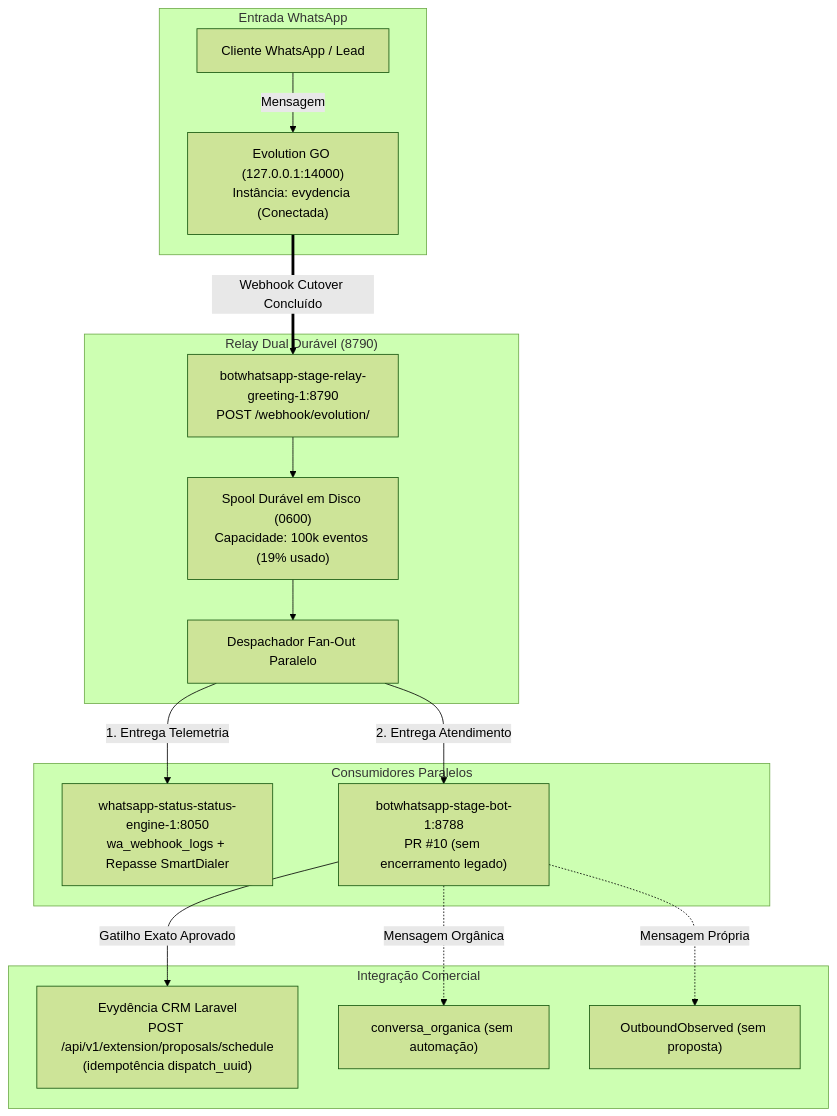
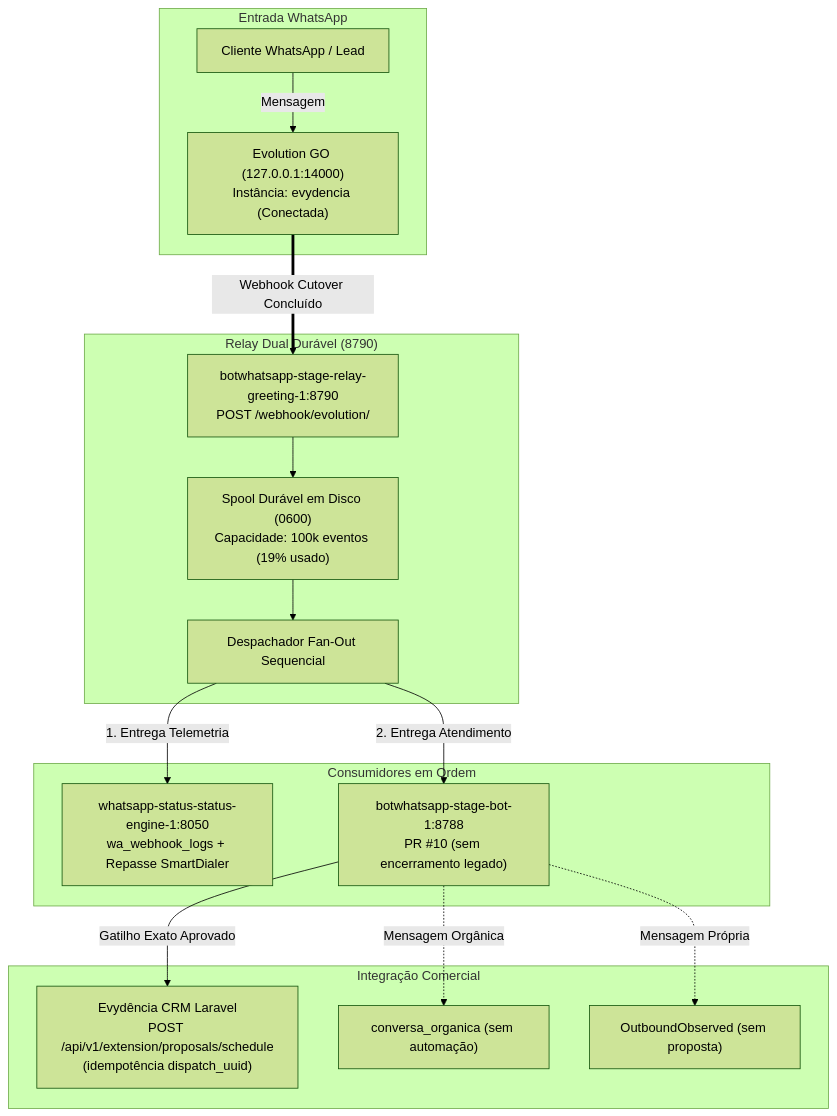
Before and after one commit to hypeneural/botwhatsapp: the diagram in docs/AUDITORIA_VALIDACAO_CHATGPT_P0_20261031.md, drawn with Mermaid (forest theme). The commit also changed other lines of this file, not shown here.

Commit message:
security(docs): redact published webhook capabilities and correct sequential fan-out/canary claims

````diff
--- a/docs/AUDITORIA_VALIDACAO_CHATGPT_P0_20261031.md
+++ b/docs/AUDITORIA_VALIDACAO_CHATGPT_P0_20261031.md
@@ -49,23 +49,23 @@
 ```mermaid
 flowchart TD
     subgraph Entrada["Entrada WhatsApp"]
         WA["Cliente WhatsApp / Lead"] -->|Mensagem| Evo["Evolution GO (127.0.0.1:14000)<br/>Instância: evydencia (Conectada)"]
     end
 
     subgraph Relay["Relay Dual Durável (8790)"]
         Evo ==>|Webhook Cutover Concluído| Ingress["botwhatsapp-stage-relay-greeting-1:8790<br/>POST /webhook/evolution/<SECRET>"]
         Ingress --> Disk["Spool Durável em Disco (0600)<br/>Capacidade: 100k eventos (19% usado)"]
-        Disk --> FanOut["Despachador Fan-Out Paralelo"]
+        Disk --> FanOut["Despachador Fan-Out Sequencial"]
     end
 
-    subgraph Consumidores["Consumidores Paralelos"]
+    subgraph Consumidores["Consumidores em Ordem"]
         FanOut -->|1. Entrega Telemetria| SE["whatsapp-status-status-engine-1:8050<br/>wa_webhook_logs + Repasse SmartDialer"]
         FanOut -->|2. Entrega Atendimento| Bot["botwhatsapp-stage-bot-1:8788<br/>PR #10 (sem encerramento legado)"]
     end
 
     subgraph IntegracaoCRM["Integração Comercial"]
         Bot -->|Gatilho Exato Aprovado| CRM["Evydência CRM Laravel<br/>POST /api/v1/extension/proposals/schedule<br/>(idempotência dispatch_uuid)"]
         Bot -.->|Mensagem Orgânica| Ignore["conversa_organica (sem automação)"]
         Bot -.->|Mensagem Própria| Outbound["OutboundObserved (sem proposta)"]
     end
 ```
````
